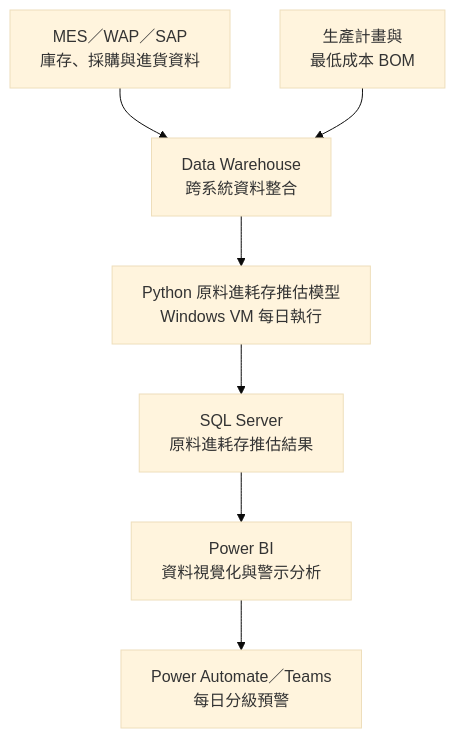
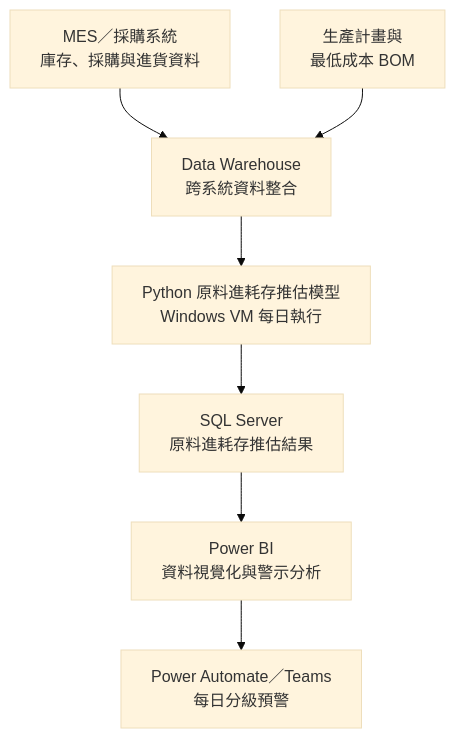
The diagram in README_ZH-TW.md (ChienChienChien/Material_Forecasting_System), drawn with Mermaid (base theme) before and after one commit. The commit also changed other lines of this file, not shown here.

````diff
--- a/README_ZH-TW.md
+++ b/README_ZH-TW.md
@@ -123,17 +127,17 @@
 ```mermaid
 flowchart TD
-    A["MES／WAP／SAP<br/>庫存、採購與進貨資料"]
+    A["MES／採購系統<br/>庫存、採購與進貨資料"]
     B["生產計畫與<br/>最低成本 BOM"]
     C["Data Warehouse<br/>跨系統資料整合"]
     D["Python 原料進耗存推估模型<br/>Windows VM 每日執行"]
     E["SQL Server<br/>原料進耗存推估結果"]
     F["Power BI<br/>資料視覺化與警示分析"]
     G["Power Automate／Teams<br/>每日分級預警"]
 
     A --> C
     B --> C
     C --> D
     D --> E
     E --> F
     F --> G
 ```
````
